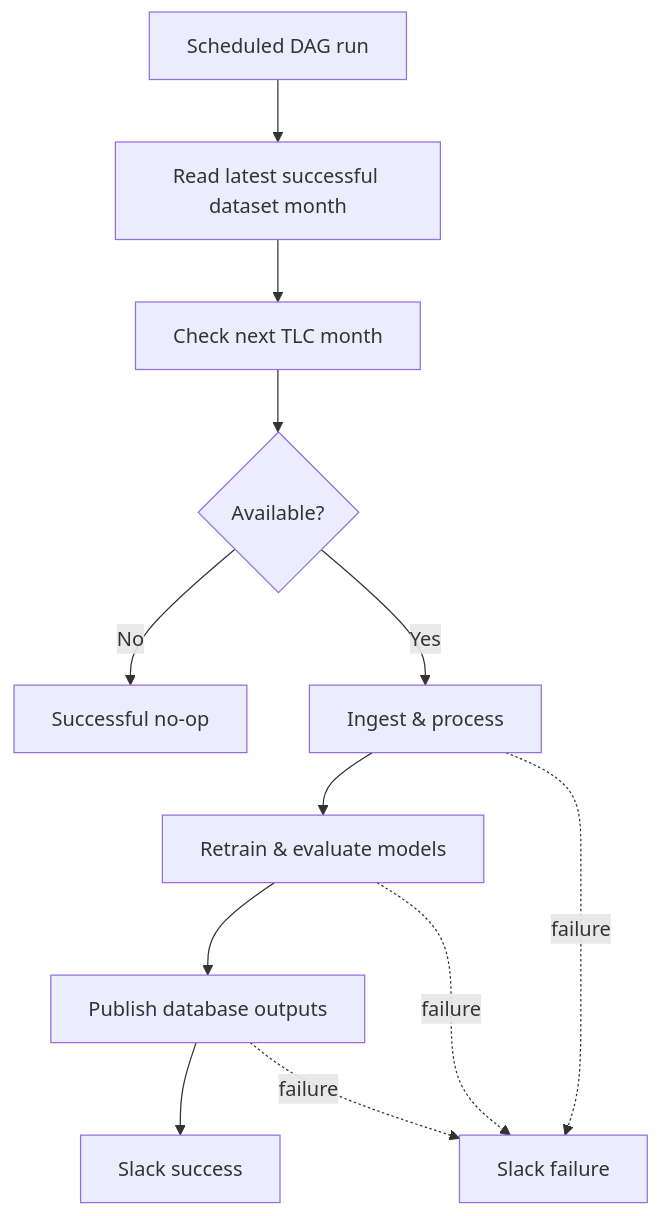
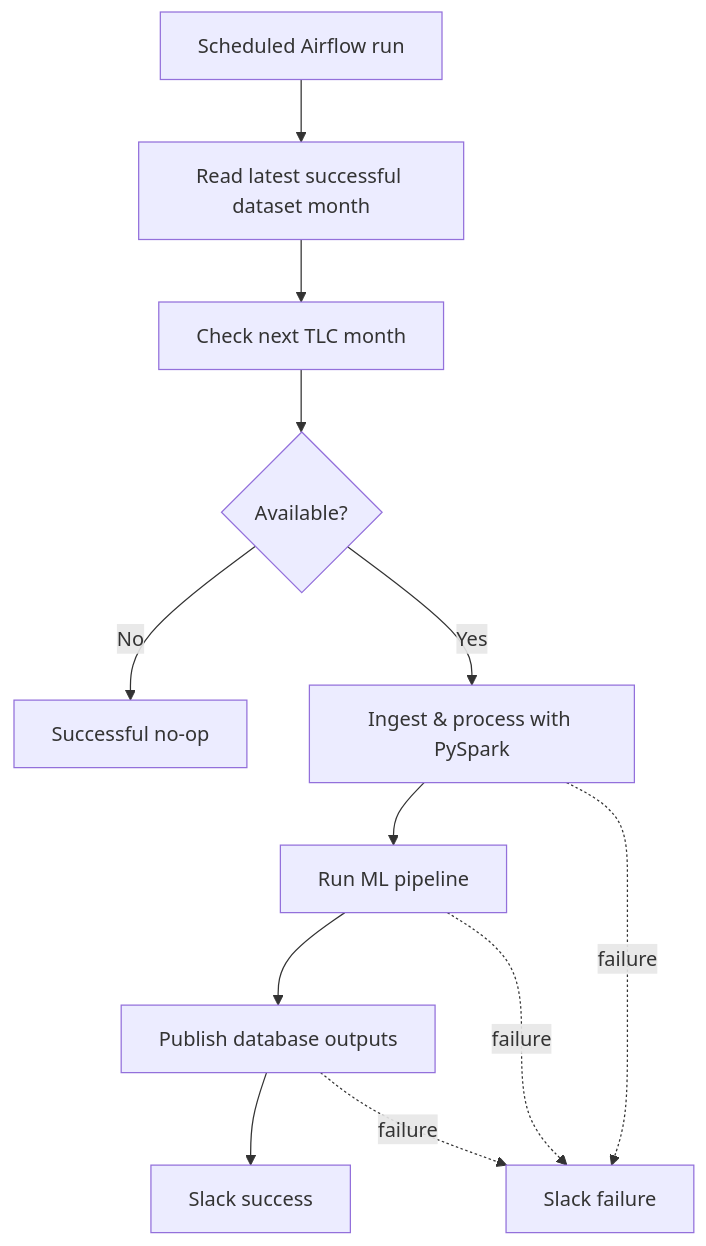
Before and after one commit to georgeballa7/NycTaxiDemandForecasting: the diagram in docs/orchestration.md, drawn with Mermaid. The commit also changed other lines of this file and 4 other files, not shown here.

````diff
--- a/docs/orchestration.md
+++ b/docs/orchestration.md
@@ -7,14 +7,14 @@
 ```mermaid
 flowchart TD
-    A[Scheduled DAG run] --> B[Read latest successful dataset month]
+    A[Scheduled Airflow run] --> B[Read latest successful dataset month]
     B --> C[Check next TLC month]
     C --> D{Available?}
     D -- No --> E[Successful no-op]
-    D -- Yes --> F[Ingest & process]
-    F --> G[Retrain & evaluate models]
+    D -- Yes --> F[Ingest & process with PySpark]
+    F --> G[Run ML pipeline]
     G --> H[Publish database outputs]
     H --> I[Slack success]
     F -. failure .-> J[Slack failure]
     G -. failure .-> J
     H -. failure .-> J
 ```
````
